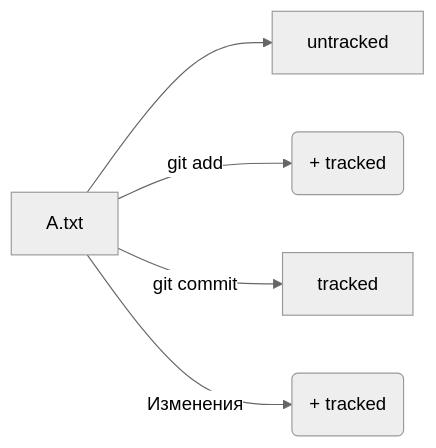
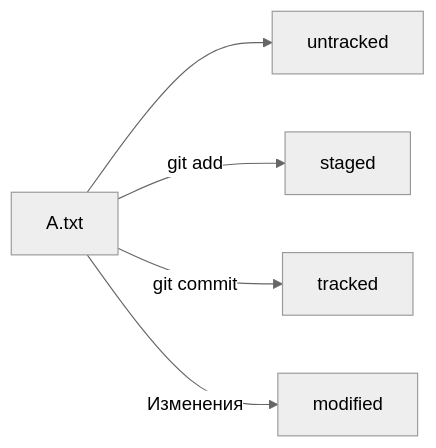
Before and after one commit to Ilya62130/Git: the first of 2 diagrams in readme.md, drawn with Mermaid (neutral theme).

Commit message:
Версия 1.0 fix ошибок с графами 3

````diff
--- a/readme.md
+++ b/readme.md
@@ -497,7 +497,7 @@
 ```mermaid
 graph LR;
 A.txt --> untracked;
-A.txt -- "git add" --> staged(+ tracked);
+A.txt -- "git add" --> staged;
 A.txt -- "git commit" --> tracked;
-A.txt -- "Изменения" --> modified(+ tracked);
+A.txt -- "Изменения" --> modified;
 ```
````
